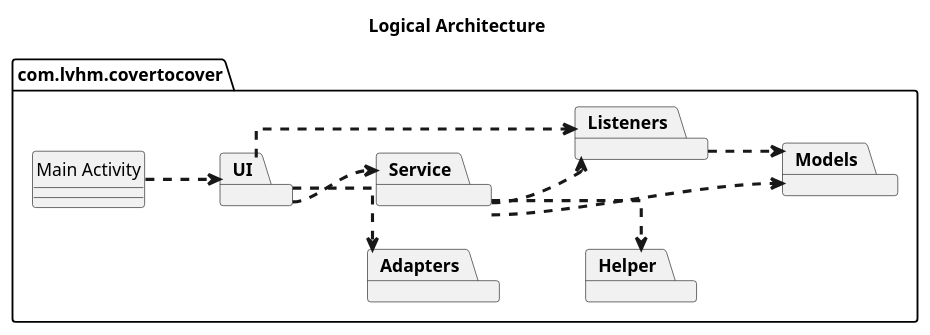
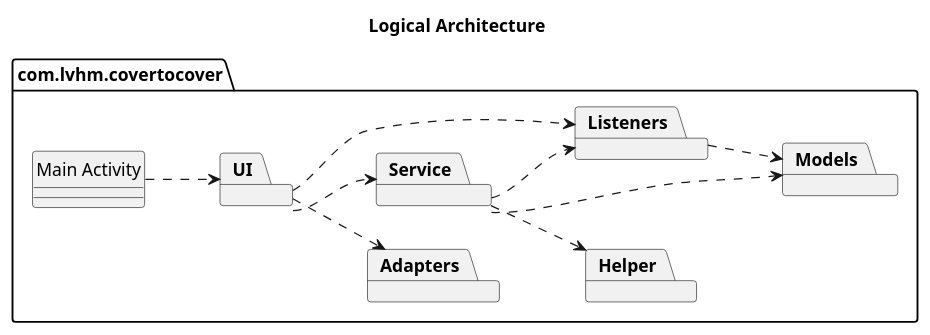
Before and after one commit to VitorHTeixeira/DSSMV_ProjectDroid_1232067_1241131_1241008: the diagram in UMLs/ArquiteturaLógica/uml/arq_lógica.puml, drawn with PlantUML. The commit also changed 1 other file, not shown here.

```diff
--- a/UMLs/ArquiteturaLógica/uml/arq_lógica.puml
+++ b/UMLs/ArquiteturaLógica/uml/arq_lógica.puml
@@ -1,29 +1,28 @@
 @startuml
 'https://plantuml.com/component-diagram
 
 left to right direction
-skinparam ArrowThickness 2.5
-skinparam linetype ortho
+
 hide circle
 allowmixing
 title Logical Architecture
 
 package com.lvhm.covertocover as system_package {
     class "Main Activity" as main_activity
     package UI
     package Adapters
     package Service
     package Helper
     package Models
     package Listeners
 
     main_activity ..> UI
     UI ..> Service
     UI ..> Adapters
     UI ..> Listeners
     Service ..> Models
     Service ..> Helper
     Service ..> Listeners
     Listeners ..> Models
 }
 @enduml
```
